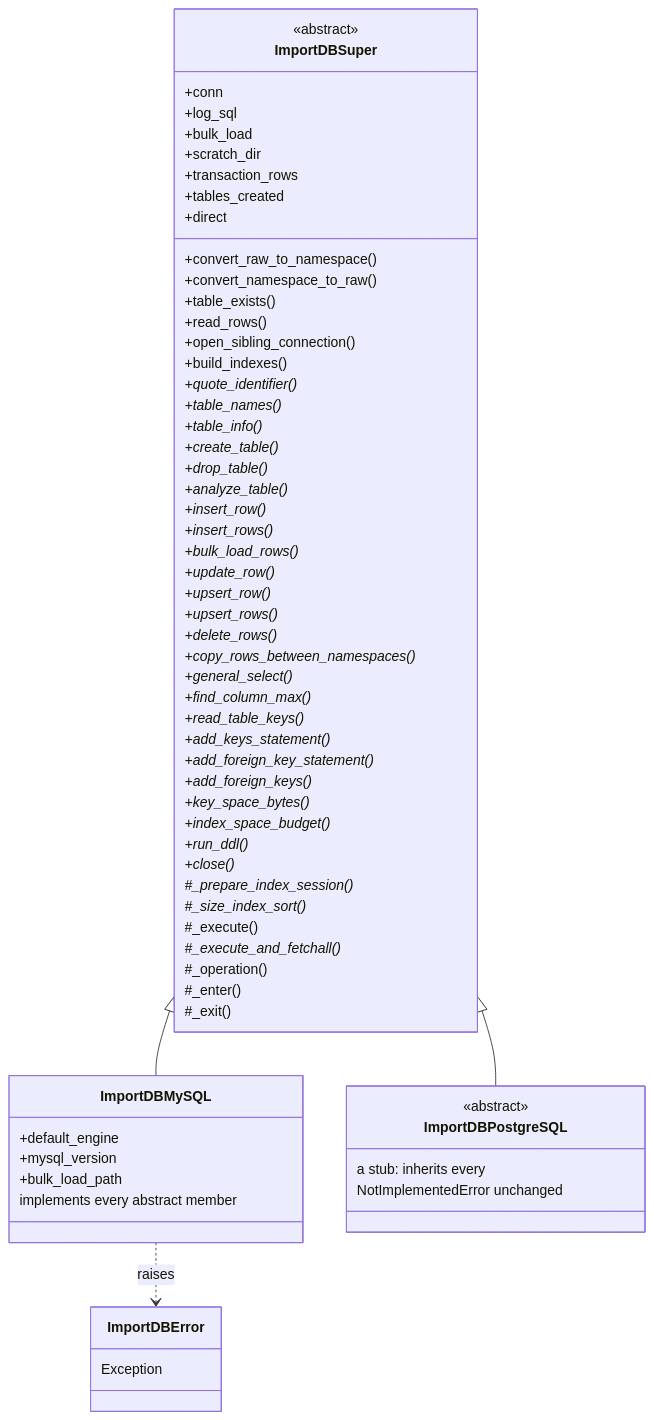
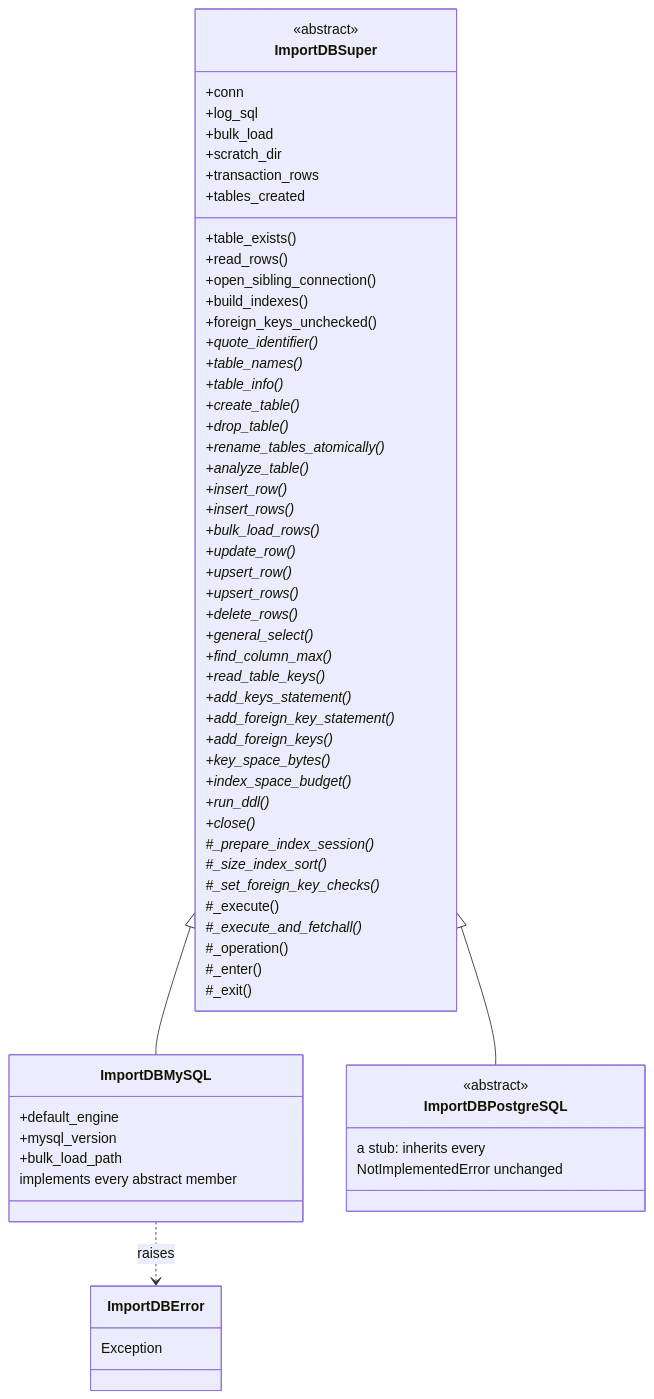
Before and after one commit to SETI/rms-opus: the diagram in docs/dev_guide_import_db.rst, drawn with Mermaid. The commit also changed other lines of this file and 96 other files, not shown here.

```diff
--- a/docs/dev_guide_import_db.rst
+++ b/docs/dev_guide_import_db.rst
@@ -25,69 +25,68 @@
 .. mermaid::
     :zoom:
 
     classDiagram
         class ImportDBSuper {
             <<abstract>>
             +conn
             +log_sql
             +bulk_load
             +scratch_dir
             +transaction_rows
             +tables_created
-            +direct
-            +convert_raw_to_namespace()
-            +convert_namespace_to_raw()
             +table_exists()
             +read_rows()
             +open_sibling_connection()
             +build_indexes()
+            +foreign_keys_unchecked()
             +quote_identifier()*
             +table_names()*
             +table_info()*
             +create_table()*
             +drop_table()*
+            +rename_tables_atomically()*
             +analyze_table()*
             +insert_row()*
             +insert_rows()*
             +bulk_load_rows()*
             +update_row()*
             +upsert_row()*
             +upsert_rows()*
             +delete_rows()*
-            +copy_rows_between_namespaces()*
             +general_select()*
             +find_column_max()*
             +read_table_keys()*
             +add_keys_statement()*
             +add_foreign_key_statement()*
             +add_foreign_keys()*
             +key_space_bytes()*
             +index_space_budget()*
             +run_ddl()*
             +close()*
             #_prepare_index_session()*
             #_size_index_sort()*
+            #_set_foreign_key_checks()*
             #_execute()
             #_execute_and_fetchall()*
             #_operation()
             #_enter()
             #_exit()
         }
         class ImportDBMySQL {
             +default_engine
             +mysql_version
             +bulk_load_path
             implements every abstract member
         }
         class ImportDBPostgreSQL {
             <<abstract>>
             a stub: inherits every
             NotImplementedError unchanged
         }
         class ImportDBError {
             Exception
         }
 
         ImportDBSuper <|-- ImportDBMySQL
         ImportDBSuper <|-- ImportDBPostgreSQL
         ImportDBMySQL ..> ImportDBError : raises
```
